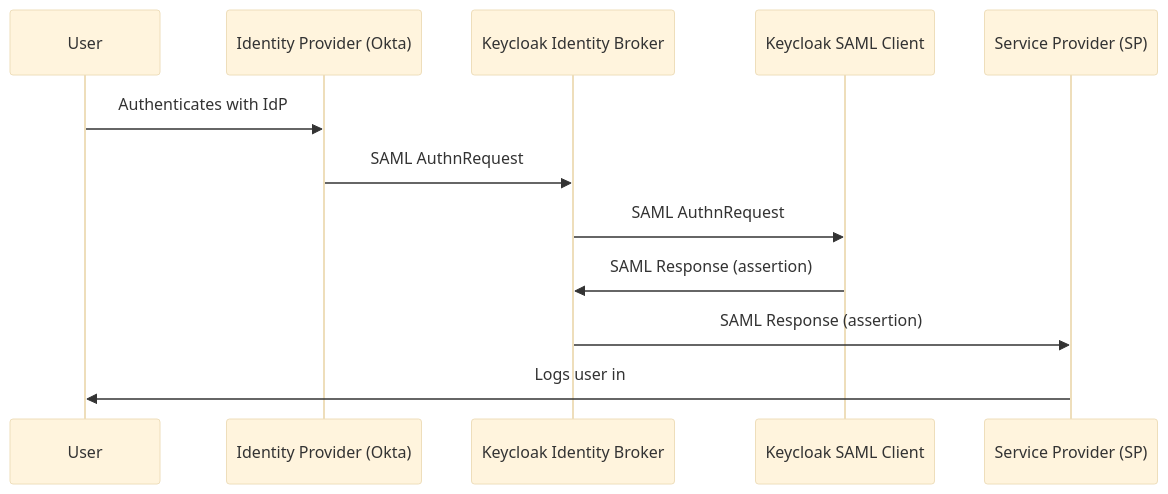
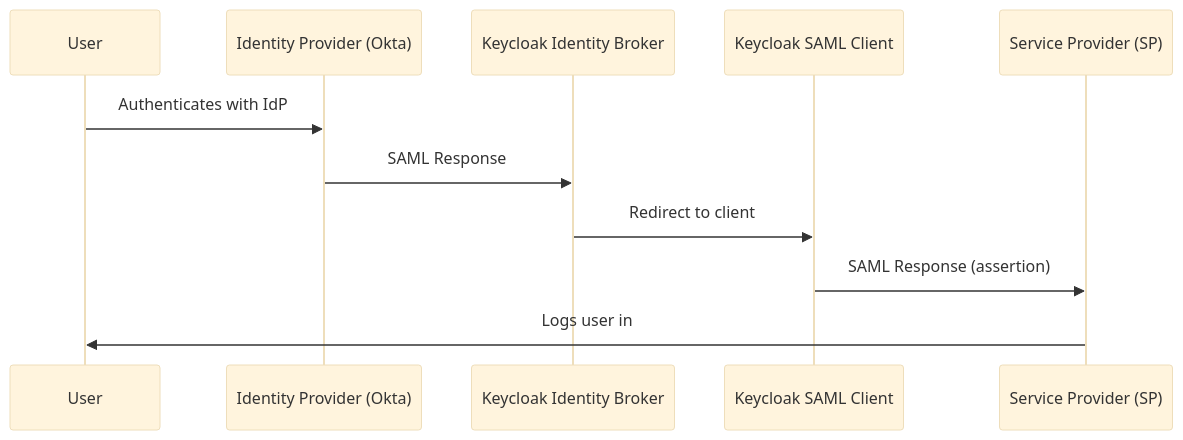
Before and after one commit to p2-inc/phasetwo-docs: the third of 4 diagrams in blog/2025-02-25-saml-idp-initiated-flow.mdx, drawn with Mermaid (base theme). The commit also changed other lines of this file, not shown here.

````diff
--- a/blog/2025-02-25-saml-idp-initiated-flow.mdx
+++ b/blog/2025-02-25-saml-idp-initiated-flow.mdx
@@ -114,16 +114,15 @@
 ```mermaid
 sequenceDiagram
     participant User
     participant Okta as Identity Provider (Okta)
     participant KeycloakBroker as Keycloak Identity Broker
     participant KeycloakClient as Keycloak SAML Client
     participant SpringApp as Service Provider (SP)
 
 
     User->>Okta: Authenticates with IdP
-    Okta->>KeycloakBroker: SAML AuthnRequest
-    KeycloakBroker->>KeycloakClient: SAML AuthnRequest
-    KeycloakClient->>KeycloakBroker: SAML Response (assertion)
-    KeycloakBroker->>SpringApp: SAML Response (assertion)
+    Okta->>KeycloakBroker: SAML Response
+    KeycloakBroker->>KeycloakClient: Redirect to client
+    KeycloakClient->>SpringApp: SAML Response (assertion)
     SpringApp->>User: Logs user in
 ```
````
